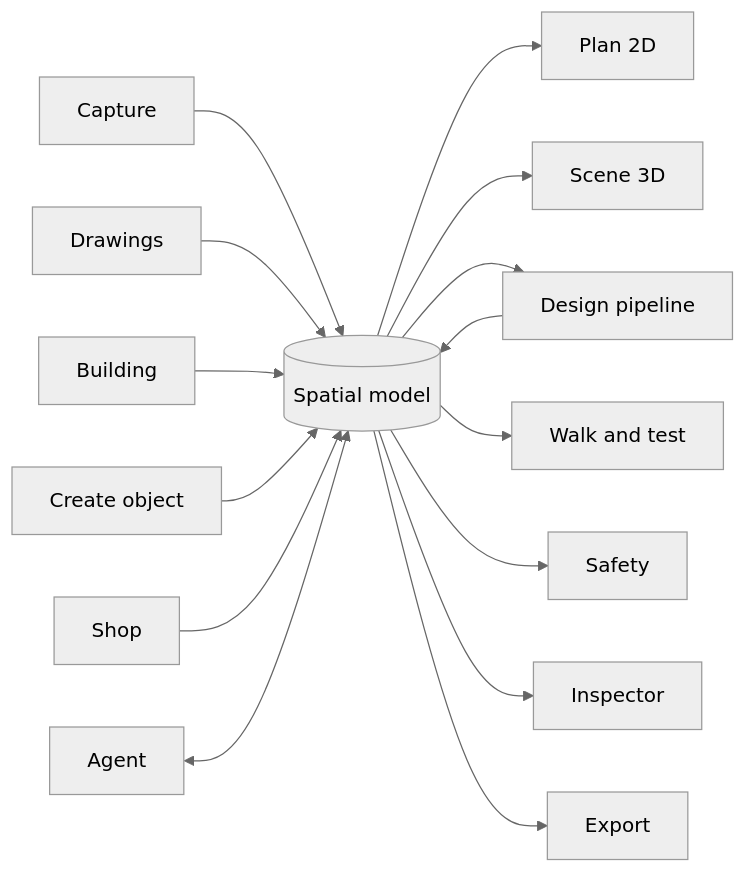
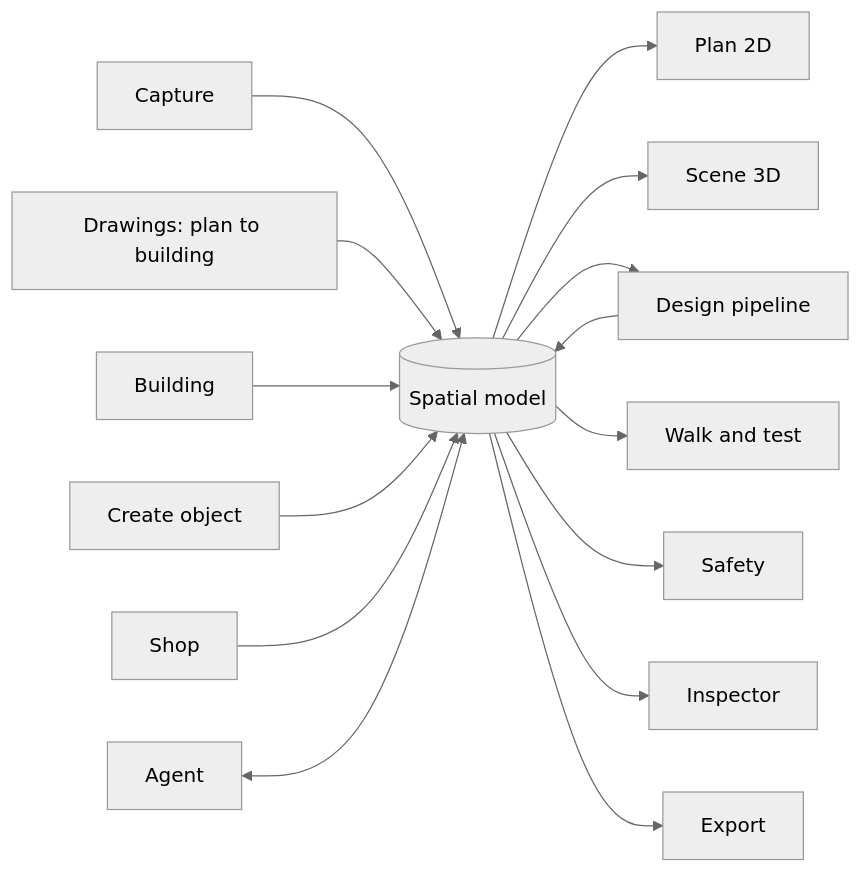
One commit to JUNCTION26/SpaceLens changed the first of 3 diagrams in README.md. Above: the diagram before and after it, drawn with Mermaid (neutral theme). The commit also changed other lines of this file and 4 other files, not shown here.

Commit message:
Lead the README with plan-to-building results, refresh screenshots and feature list

````diff
--- a/README.md
+++ b/README.md
@@ -190,17 +220,17 @@
 ```mermaid
 flowchart LR
   C[Capture] --> M[(Spatial model)]
-  D[Drawings] --> M
+  D[Drawings: plan to building] --> M
   B[Building] --> M
   F[Create object] --> M
   S[Shop] --> M
   M --> P[Plan 2D]
   M --> V[Scene 3D]
   M --> G[Design pipeline]
   G --> M
   M --> W[Walk and test]
   M --> Y[Safety]
   M --> I[Inspector]
   M --> X[Export]
   A[Agent] <--> M
 ```
````
